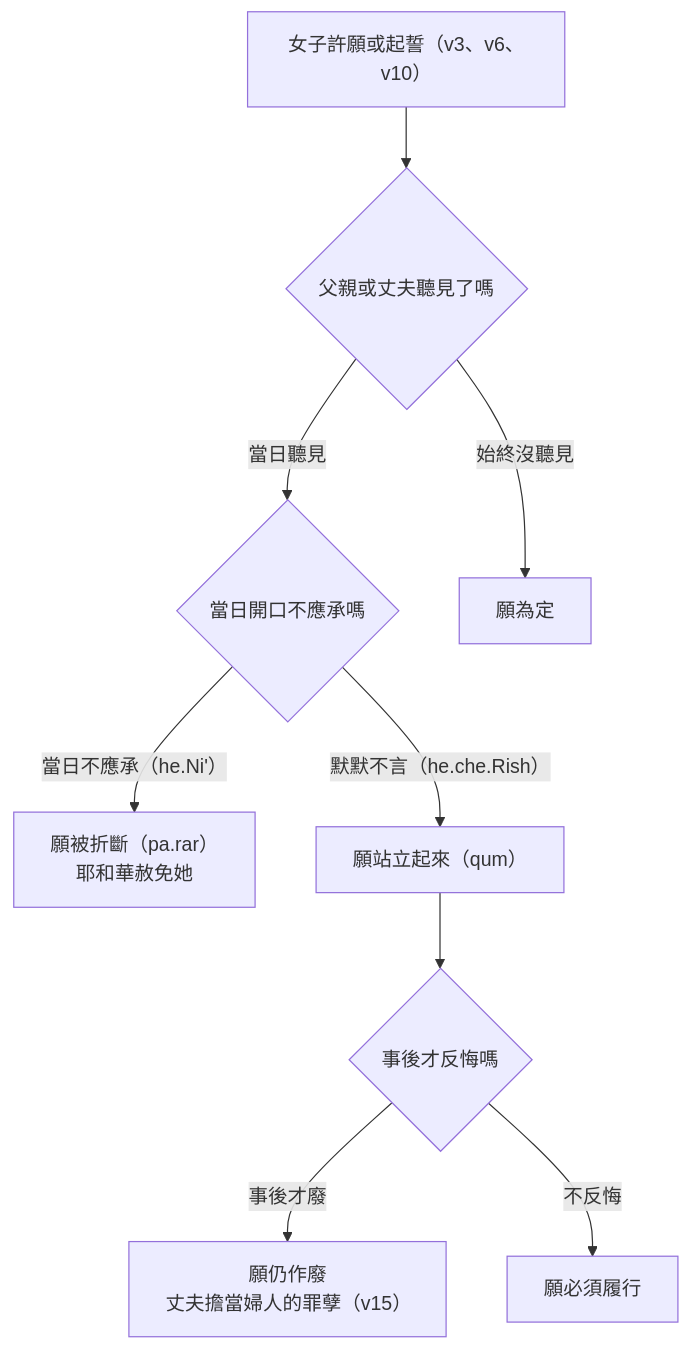
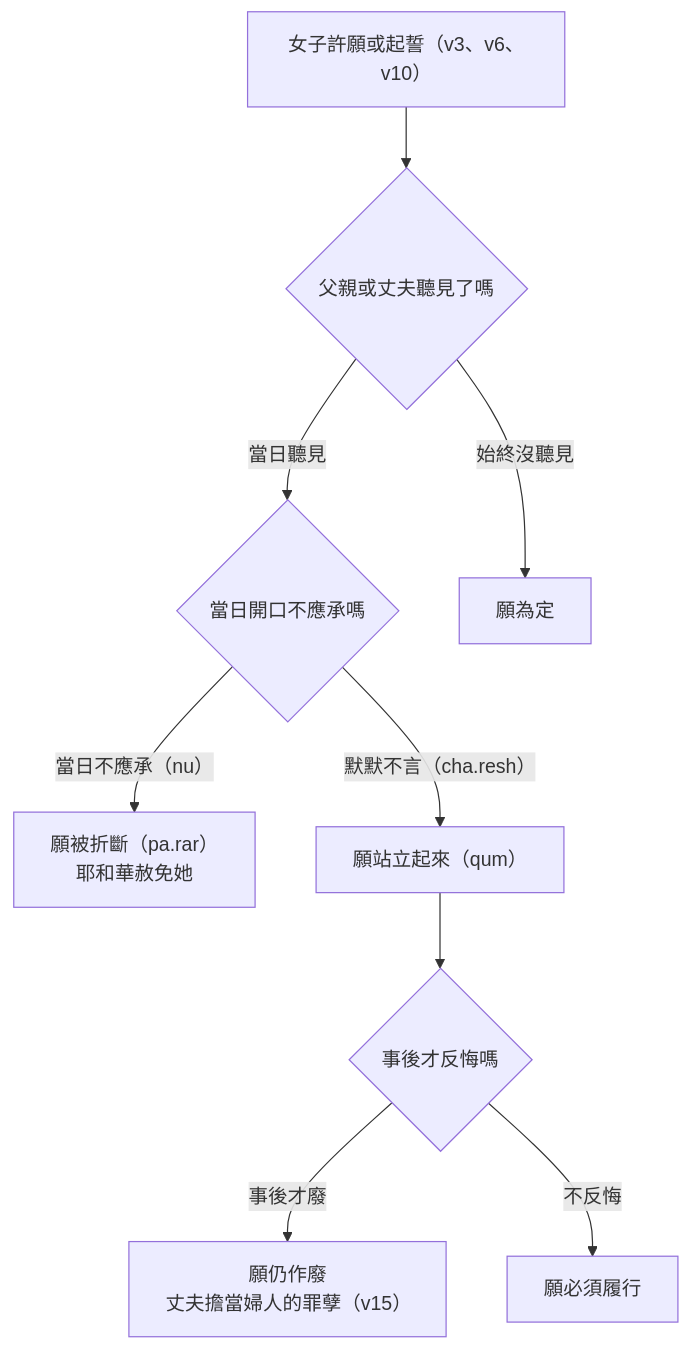
The diagram in content/04 民數記/第30章.md (andyjr5566/Bible_wiki_zh_website), drawn with Mermaid before and after one commit. The commit also changed other lines of this file and 2713 other files, not shown here.

````diff
--- a/content/04 民數記/第30章.md
+++ b/content/04 民數記/第30章.md
@@ -116,11 +116,11 @@
 ```mermaid
 flowchart TD
     A["女子許願或起誓（v3、v6、v10）"] --> B{"父親或丈夫聽見了嗎"}
     B -- "當日聽見" --> C{"當日開口不應承嗎"}
     B -- "始終沒聽見" --> D["願為定"]
-    C -- "當日不應承（he.Ni'）" --> E["願被折斷（pa.rar）<br/>耶和華赦免她"]
-    C -- "默默不言（he.che.Rish）" --> F["願站立起來（qum）"]
+    C -- "當日不應承（nu）" --> E["願被折斷（pa.rar）<br/>耶和華赦免她"]
+    C -- "默默不言（cha.resh）" --> F["願站立起來（qum）"]
     F --> G{"事後才反悔嗎"}
     G -- "事後才廢" --> H["願仍作廢<br/>丈夫擔當婦人的罪孽（v15）"]
     G -- "不反悔" --> I["願必須履行"]
 ```
````
